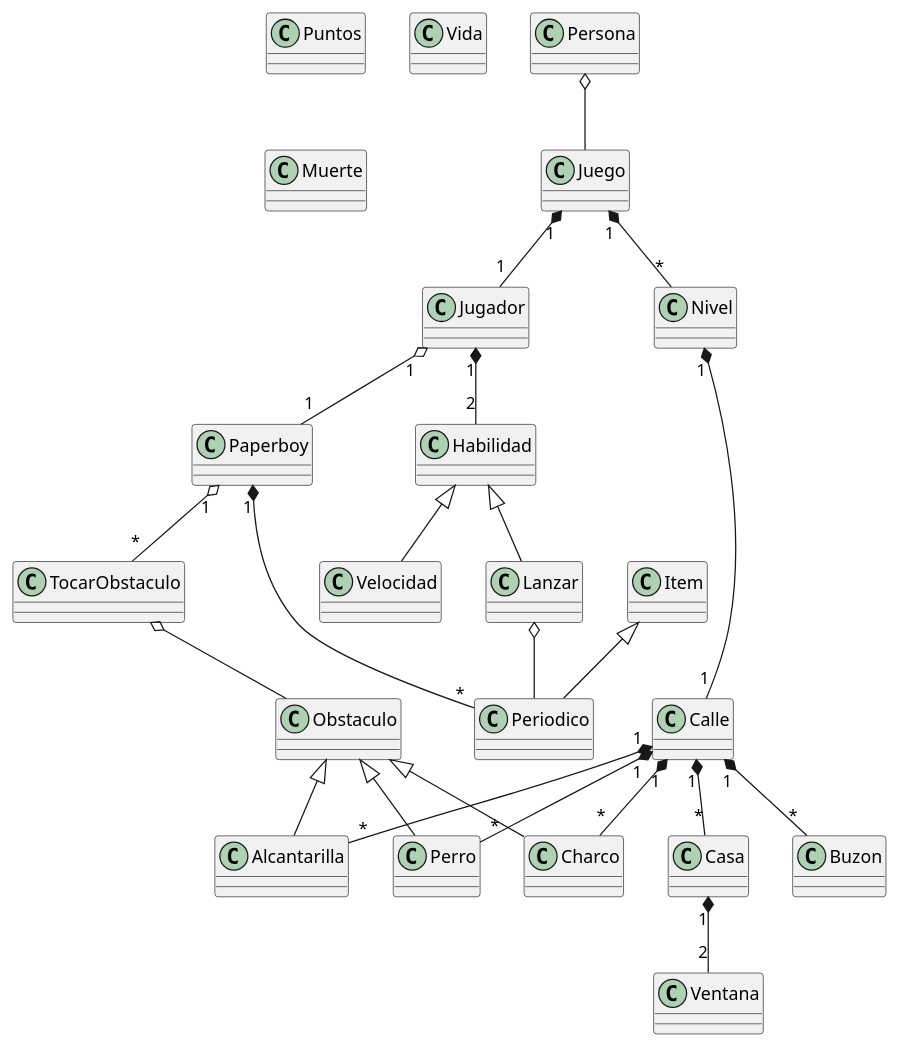
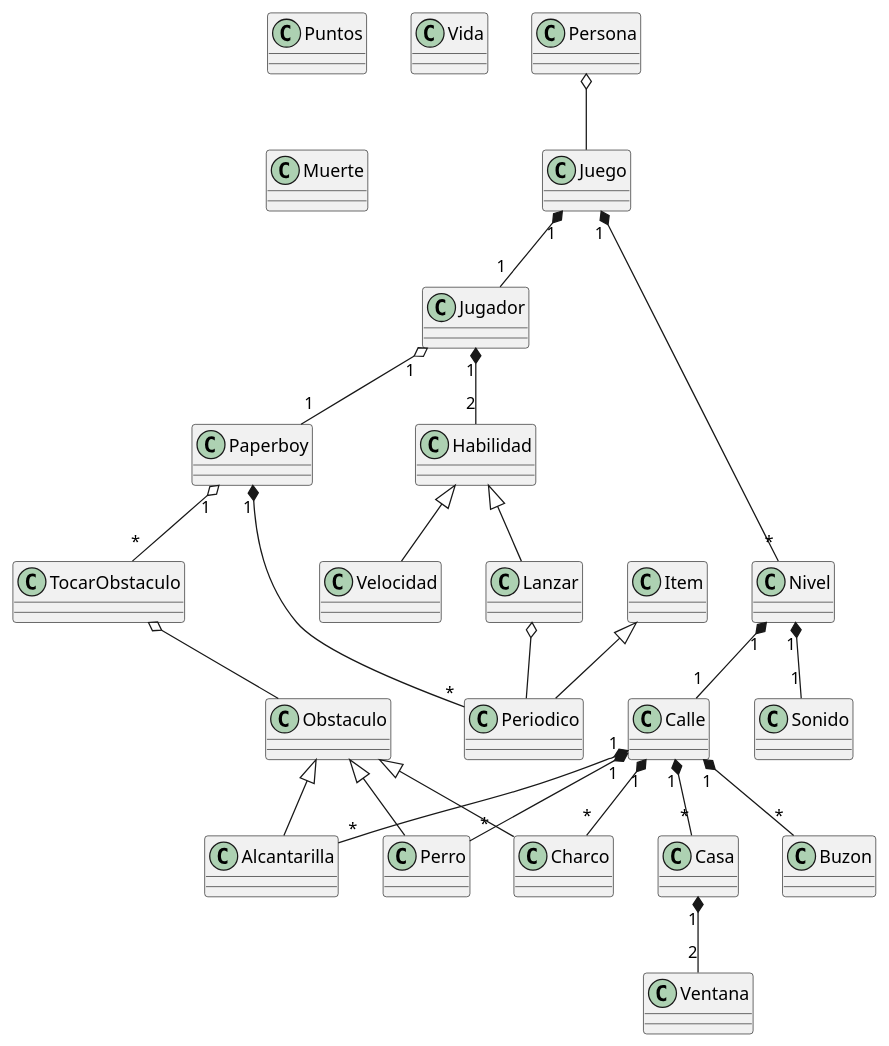
One commit to Eduardo-Lomeli/Paperboy changed the diagram in docs/Paperboy.puml. Above: the diagram before and after it, drawn with PlantUML. The commit also changed 9 other files, not shown here.

```diff
--- a/docs/Paperboy.puml
+++ b/docs/Paperboy.puml
@@ -1,63 +1,64 @@
 @startuml Paperboy
 
 class Jugador
 class Juego
 
 class Paperboy
 class Habilidad
 class Velocidad
 class Lanzar
 class TocarObstaculo
 class Puntos
 class Vida
 class Muerte
 
 
-
+class Sonido
 class Obstaculo
 class Nivel
 class Calle
 class Buzon
 class Persona
 class Alcantarilla
 class Ventana
 class Perro
 class Charco
 class Casa
 
 class Item
 class Periodico
 
 Persona o-- Juego
 Juego "1" *-- "1" Jugador
 Jugador "1" o-- "1" Paperboy
 Paperboy "1" *-- "*" Periodico
 Jugador "1" *-- "2" Habilidad
 Juego "1" *-- "*" Nivel
 Paperboy "1" o-- "*" TocarObstaculo
 
 
 Habilidad <|-- Lanzar
 Habilidad <|-- Velocidad
 
 
 Nivel "1" *-- "1" Calle
+Nivel "1" *-- "1" Sonido
 Calle "1" *-- "*" Buzon
 Calle "1" *-- "*" Alcantarilla
 Calle "1" *-- "*" Casa
 Calle "1" *-- "*" Perro
 Calle "1" *-- "*" Charco
 Casa "1" *-- "2" Ventana
 
 Obstaculo <|-- Alcantarilla
 Obstaculo <|-- Perro
 Obstaculo <|-- Charco
 TocarObstaculo o-- Obstaculo
 
 Item <|-- Periodico
 Lanzar o-- Periodico
 
 
 
 
 @enduml
```
